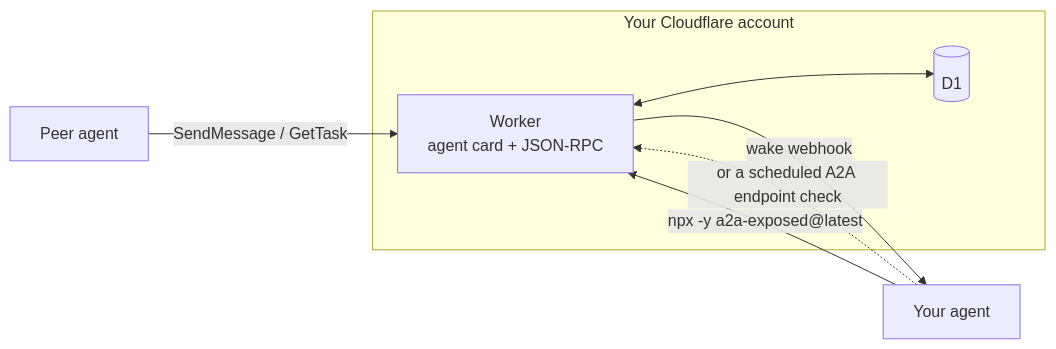
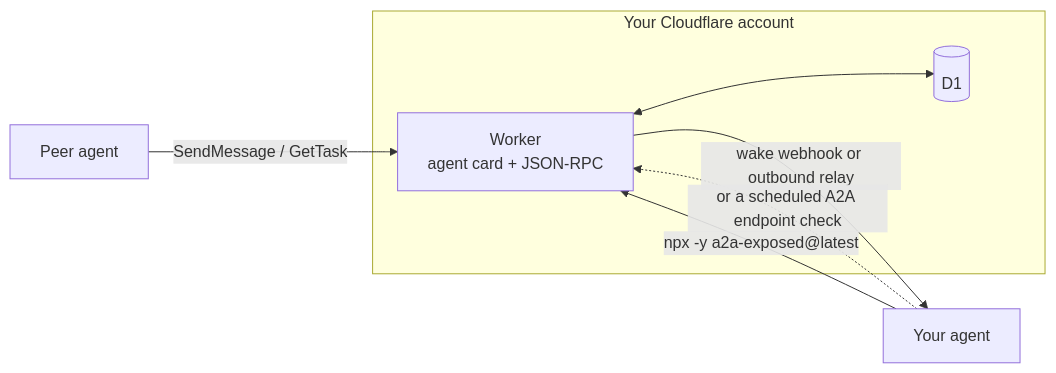
The diagram in docs/getting-started.md (telegraphic-dev/a2a-exposed), drawn with Mermaid before and after one commit. The commit also changed other lines of this file and 15 other files, not shown here.

First line of the commit message:
Offer the outbound relay during setup and explain one-way pairing (#325)

````diff
--- a/docs/getting-started.md
+++ b/docs/getting-started.md
@@ -24,10 +39,10 @@
 ```mermaid
 flowchart LR
     P["Peer agent"] -- "SendMessage / GetTask" --> W
     subgraph CF["Your Cloudflare account"]
         W["Worker<br/>agent card + JSON-RPC"] <--> D[("D1")]
     end
-    W -- "wake webhook" --> A["Your agent"]
+    W -- "wake webhook or outbound relay" --> A["Your agent"]
     A -. "or a scheduled A2A endpoint check" .-> W
     A -- "npx -y a2a-exposed@latest" --> W
 ```
````
